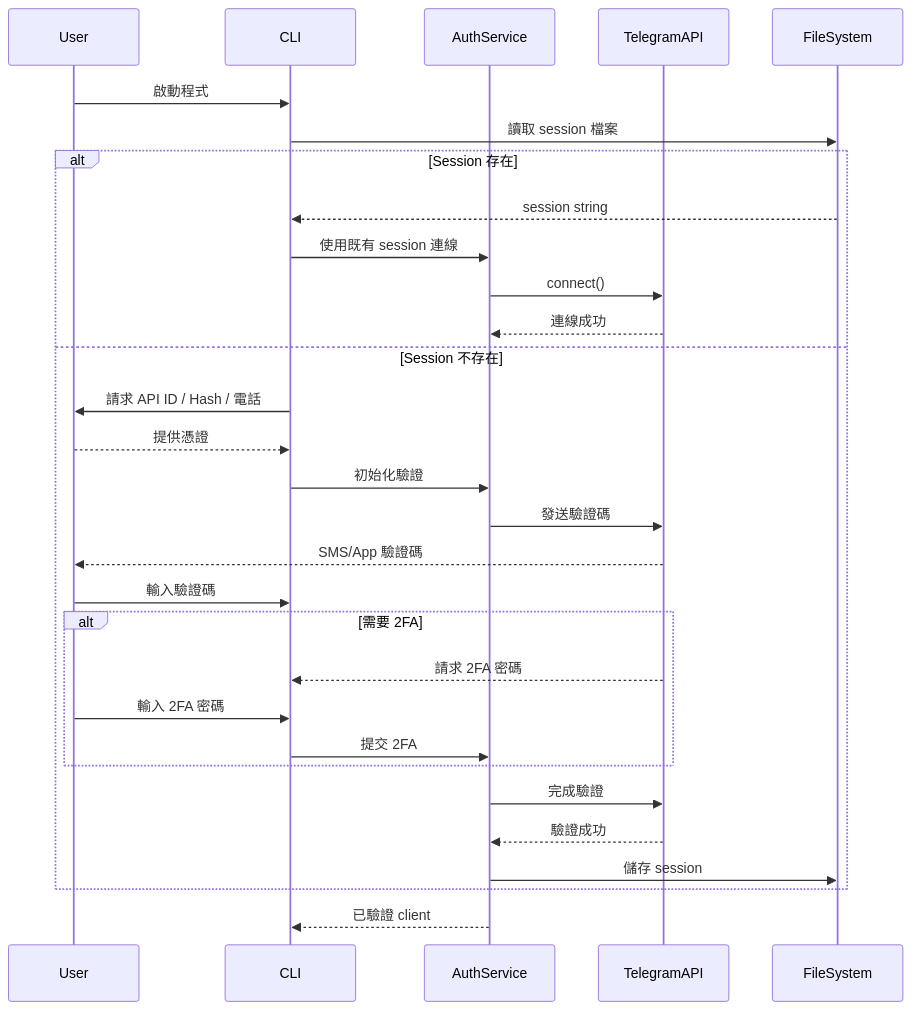
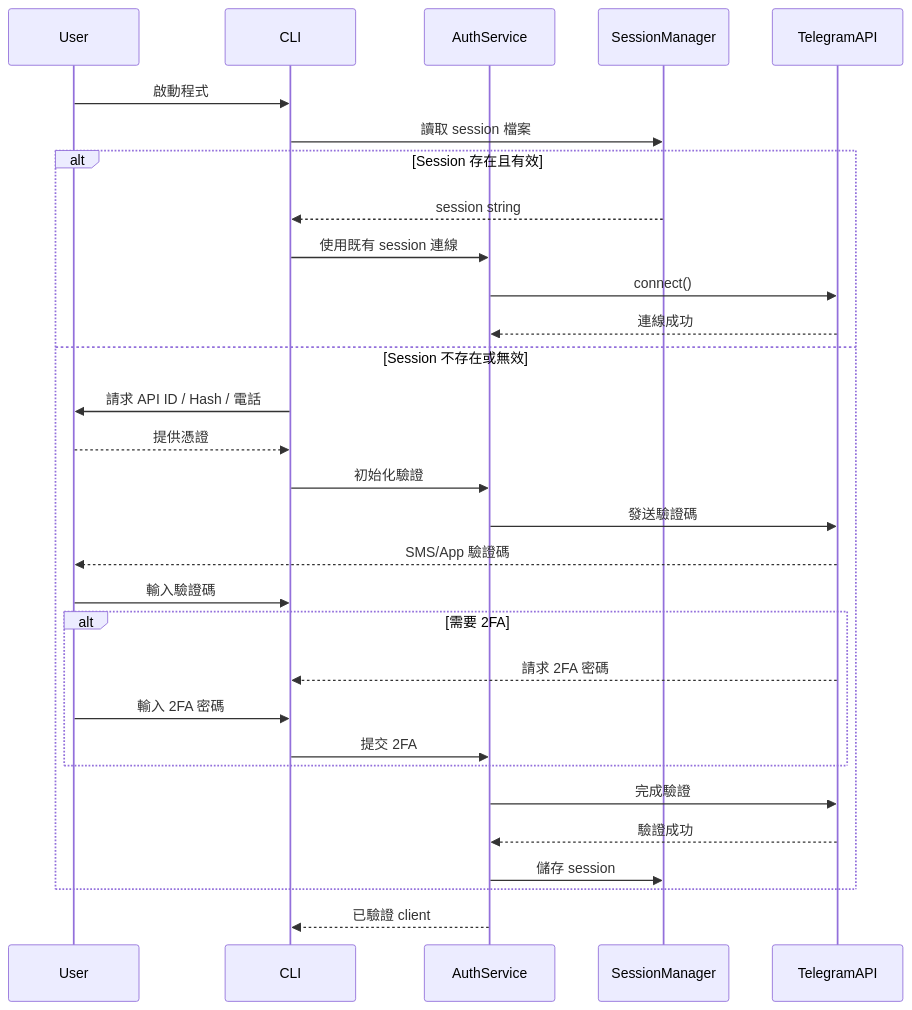
One commit to osmanthustonx/telegram-message-migration changed the second of 6 diagrams in .kiro/specs/telegram-message-migration/design.md. Above: the diagram before and after it, drawn with Mermaid. The commit also changed other lines of this file and 3 other files, not shown here.

````diff
--- a/.kiro/specs/telegram-message-migration/design.md
+++ b/.kiro/specs/telegram-message-migration/design.md
@@ -94,37 +119,37 @@
 ```mermaid
 sequenceDiagram
     participant User
     participant CLI
     participant AuthService
+    participant SessionManager
     participant TelegramAPI
-    participant FileSystem
 
     User->>CLI: 啟動程式
-    CLI->>FileSystem: 讀取 session 檔案
+    CLI->>SessionManager: 讀取 session 檔案
 
-    alt Session 存在
-        FileSystem-->>CLI: session string
+    alt Session 存在且有效
+        SessionManager-->>CLI: session string
         CLI->>AuthService: 使用既有 session 連線
         AuthService->>TelegramAPI: connect()
         TelegramAPI-->>AuthService: 連線成功
-    else Session 不存在
+    else Session 不存在或無效
         CLI->>User: 請求 API ID / Hash / 電話
         User-->>CLI: 提供憑證
         CLI->>AuthService: 初始化驗證
         AuthService->>TelegramAPI: 發送驗證碼
         TelegramAPI-->>User: SMS/App 驗證碼
         User->>CLI: 輸入驗證碼
 
         alt 需要 2FA
             TelegramAPI-->>CLI: 請求 2FA 密碼
             User->>CLI: 輸入 2FA 密碼
             CLI->>AuthService: 提交 2FA
         end
 
         AuthService->>TelegramAPI: 完成驗證
         TelegramAPI-->>AuthService: 驗證成功
-        AuthService->>FileSystem: 儲存 session
+        AuthService->>SessionManager: 儲存 session
     end
 
     AuthService-->>CLI: 已驗證 client
 ```
````
